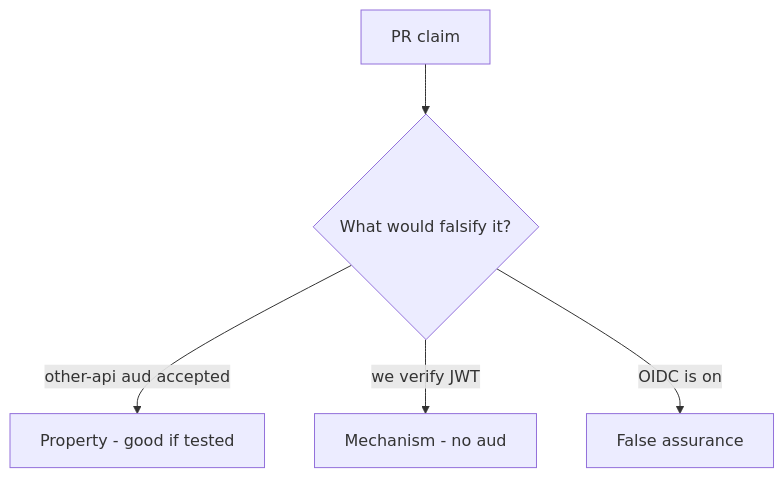
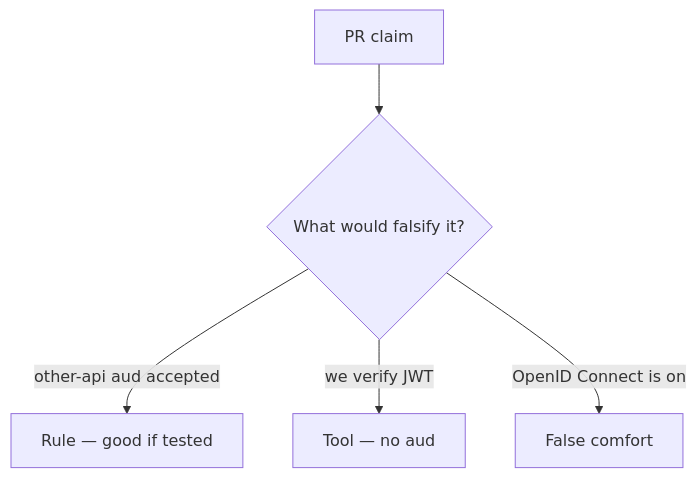
The diagram in content/modules/4/4.5/lessons/08-review.md (ishitvagoel/LearnSecurity), drawn with Mermaid before and after one commit. The commit also changed other lines of this file and 39 other files, not shown here.

````diff
--- a/content/modules/4/4.5/lessons/08-review.md
+++ b/content/modules/4/4.5/lessons/08-review.md
@@ -17,7 +18,7 @@
 ```mermaid
 flowchart TD
   Claim[PR claim] --> Q{"What would falsify it?"}
-  Q -->|"other-api aud accepted"| Property["Property - good if tested"]
-  Q -->|"we verify JWT"| Mechanism[Mechanism - no aud]
-  Q -->|"OIDC is on"| False[False assurance]
+  Q -->|"other-api aud accepted"| Property["Rule — good if tested"]
+  Q -->|"we verify JWT"| Mechanism[Tool — no aud]
+  Q -->|"OpenID Connect is on"| False[False comfort]
 ```
````
